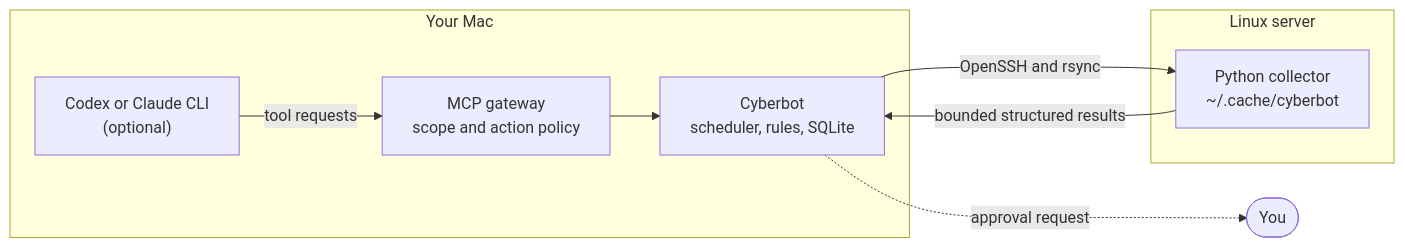
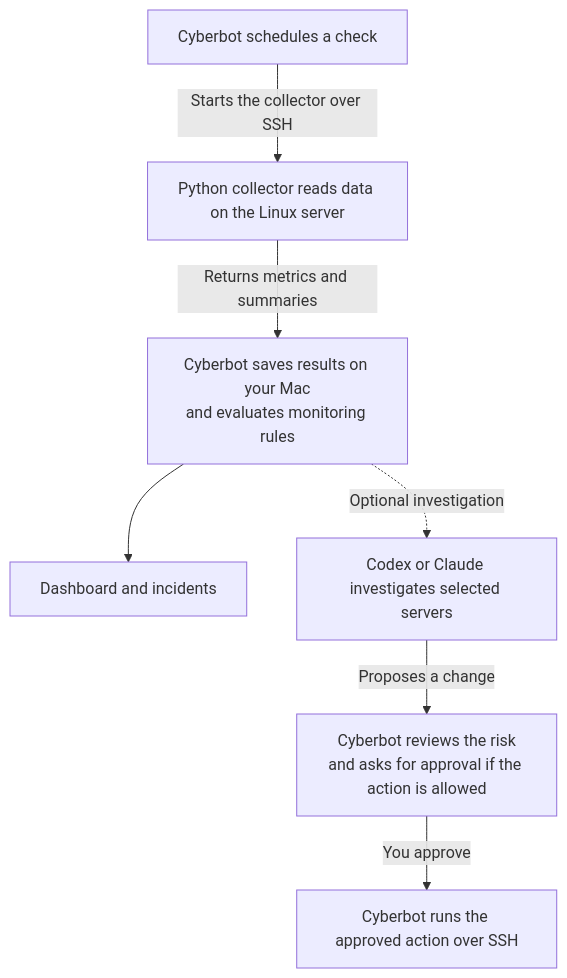
Before and after one commit to cyberbot-ai/cyberbot: the diagram in README.md, drawn with Mermaid. The commit also changed other lines of this file, not shown here.

Commit message:
Expand the README feature list and simplify the workflow diagram

````diff
--- a/README.md
+++ b/README.md
@@ -160,16 +168,15 @@
 ```mermaid
-flowchart LR
-    subgraph mac["Your Mac"]
-        app["Cyberbot<br/>scheduler, rules, SQLite"]
-        gateway["MCP gateway<br/>scope and action policy"]
-        agent["Codex or Claude CLI<br/>(optional)"]
-    end
-    subgraph server["Linux server"]
-        collector["Python collector<br/>~/.cache/cyberbot"]
-    end
-    app -- "OpenSSH and rsync" --> collector
-    collector -- "bounded structured results" --> app
-    agent -- "tool requests" --> gateway
-    gateway --> app
-    app -. "approval request" .-> operator(["You"])
+flowchart TD
+    poll["Cyberbot schedules a check"]
+    collect["Python collector reads data on the Linux server"]
+    evaluate["Cyberbot saves results on your Mac<br/>and evaluates monitoring rules"]
+    dashboard["Dashboard and incidents"]
+
+    poll -->|"Starts the collector over SSH"| collect
+    collect -->|"Returns metrics and summaries"| evaluate
+    evaluate --> dashboard
+
+    evaluate -.->|"Optional investigation"| ai["Codex or Claude investigates selected servers"]
+    ai -->|"Proposes a change"| review["Cyberbot reviews the risk<br/>and asks for approval if the action is allowed"]
+    review -->|"You approve"| execute["Cyberbot runs the approved action over SSH"]
 ```
````
